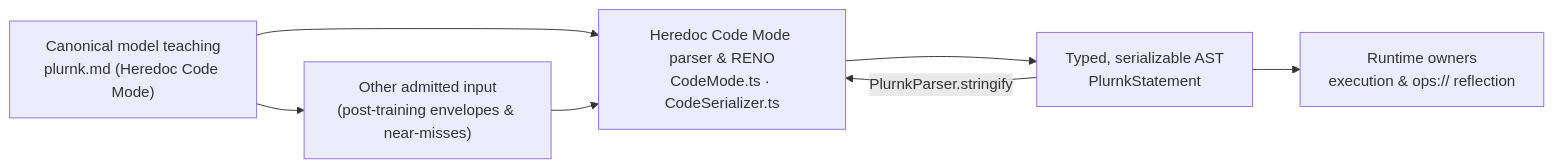
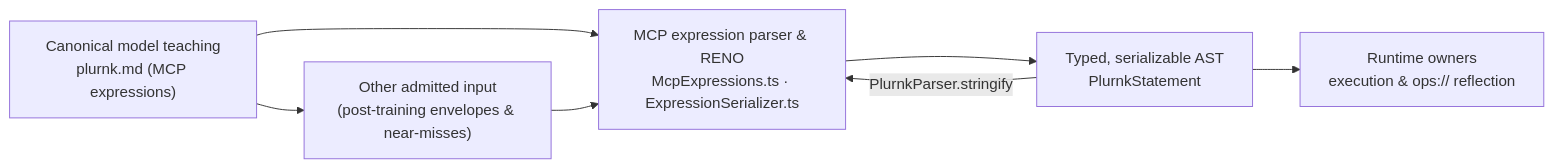
One commit to plurnk/plurnk-service changed the first of 2 diagrams in plurnk-contracts/SPEC.md. Above: the diagram before and after it, drawn with Mermaid. The commit also changed other lines of this file and 105 other files, not shown here.

Commit message:
refactor(contracts): unify syntax and diagnostics on MCP expressions (#1475)

````diff
--- a/plurnk-contracts/SPEC.md
+++ b/plurnk-contracts/SPEC.md
@@ -21,14 +21,14 @@
 ```mermaid
 flowchart LR
-    canon["Canonical model teaching<br/>plurnk.md (Heredoc Code Mode)"]
+    canon["Canonical model teaching<br/>plurnk.md (MCP expressions)"]
     free["Other admitted input<br/>(post-training envelopes & near-misses)"]
-    syntax["Heredoc Code Mode parser & RENO<br/>CodeMode.ts · CodeSerializer.ts"]
+    syntax["MCP expression parser & RENO<br/>McpExpressions.ts · ExpressionSerializer.ts"]
     ast["Typed, serializable AST<br/>PlurnkStatement"]
     runtime["Runtime owners<br/>execution & ops:// reflection"]
     canon --> syntax
     canon --> free
     free --> syntax
     syntax --> ast
     ast --> runtime
     ast -->|"PlurnkParser.stringify"| syntax
 ```
````
